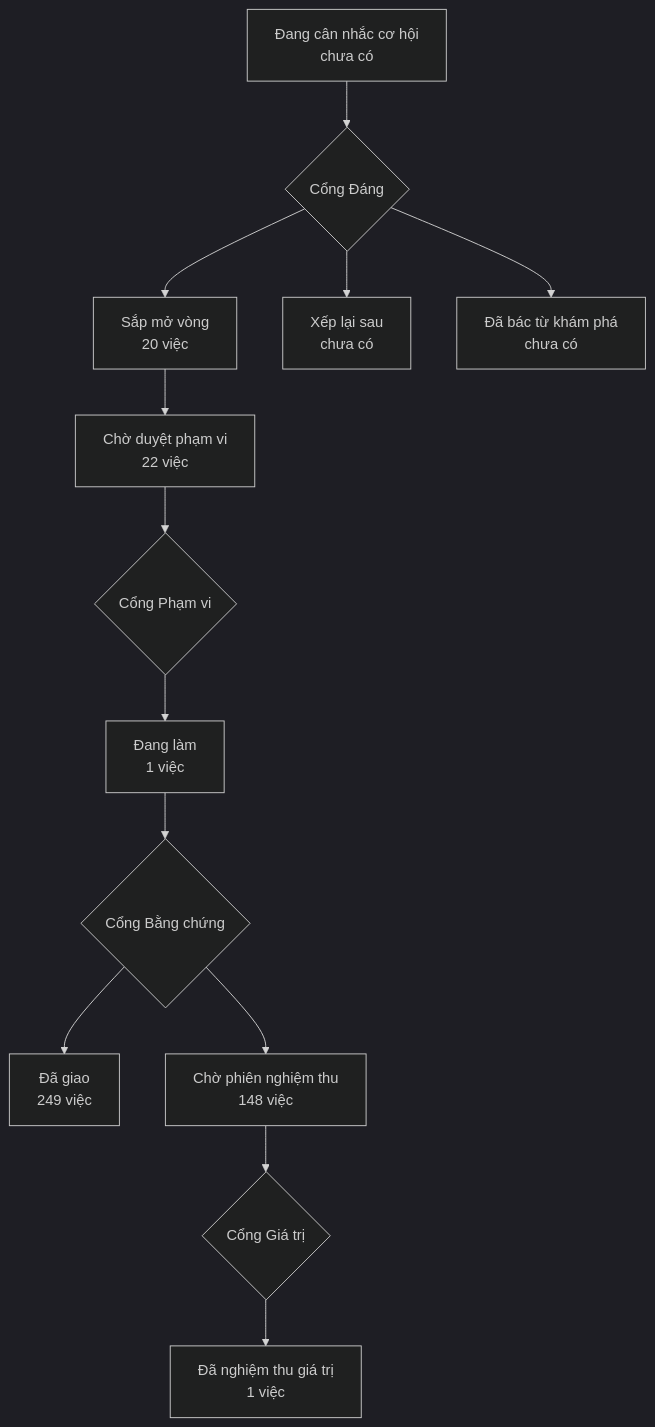
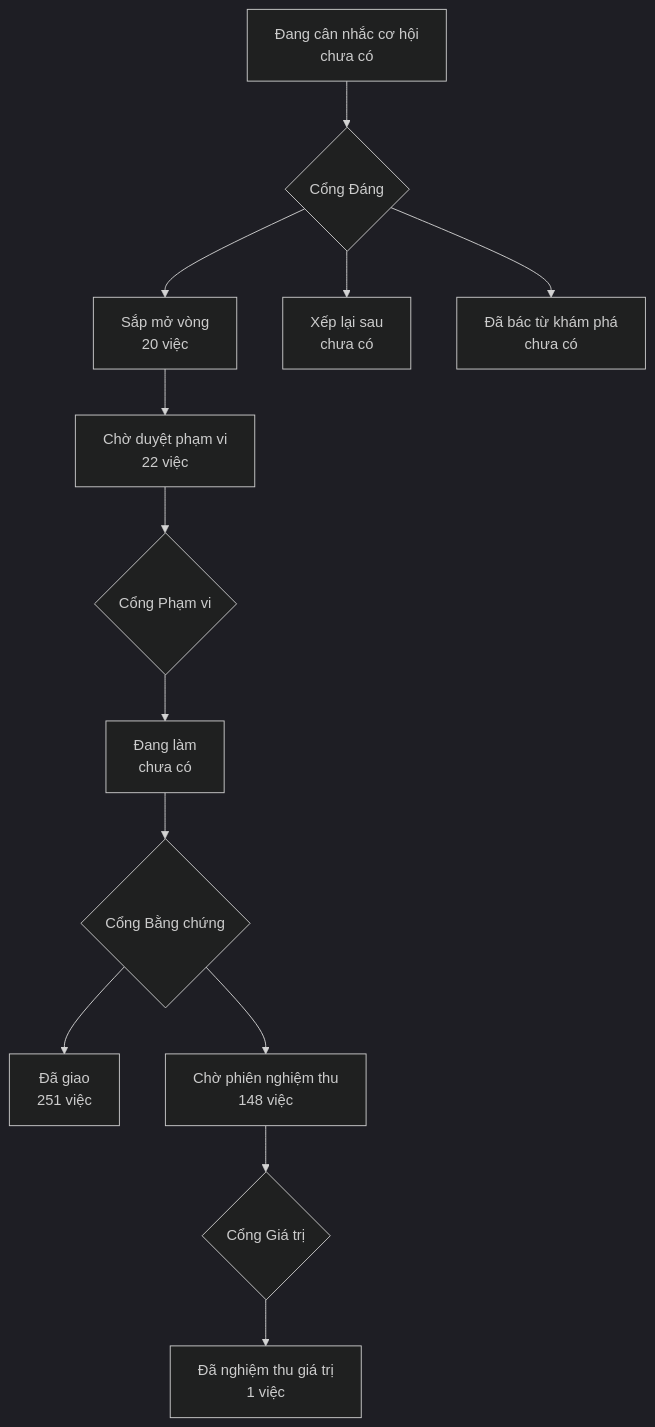
Before and after one commit to phanlemanh/onehub-invest: the diagram in PRODUCT-MAP.md, drawn with Mermaid (dark theme). The commit also changed other lines of this file and 3 other files, not shown here.

````diff
--- a/PRODUCT-MAP.md
+++ b/PRODUCT-MAP.md
@@ -7,12 +7,12 @@
 ```mermaid
 flowchart TD
   A["Đang cân nhắc cơ hội<br/>chưa có"] --> GD{"Cổng Đáng"}
   GD --> B["Sắp mở vòng<br/>20 việc"]
   GD --> XL["Xếp lại sau<br/>chưa có"]
   GD --> DB["Đã bác từ khám phá<br/>chưa có"]
   B --> CD["Chờ duyệt phạm vi<br/>22 việc"] --> GP{"Cổng Phạm vi"}
-  GP --> DL["Đang làm<br/>1 việc"] --> GB{"Cổng Bằng chứng"}
-  GB --> DG["Đã giao<br/>249 việc"]
+  GP --> DL["Đang làm<br/>chưa có"] --> GB{"Cổng Bằng chứng"}
+  GB --> DG["Đã giao<br/>251 việc"]
   GB --> CN["Chờ phiên nghiệm thu<br/>148 việc"] --> GG{"Cổng Giá trị"}
   GG --> NT["Đã nghiệm thu giá trị<br/>1 việc"]
 ```
````
